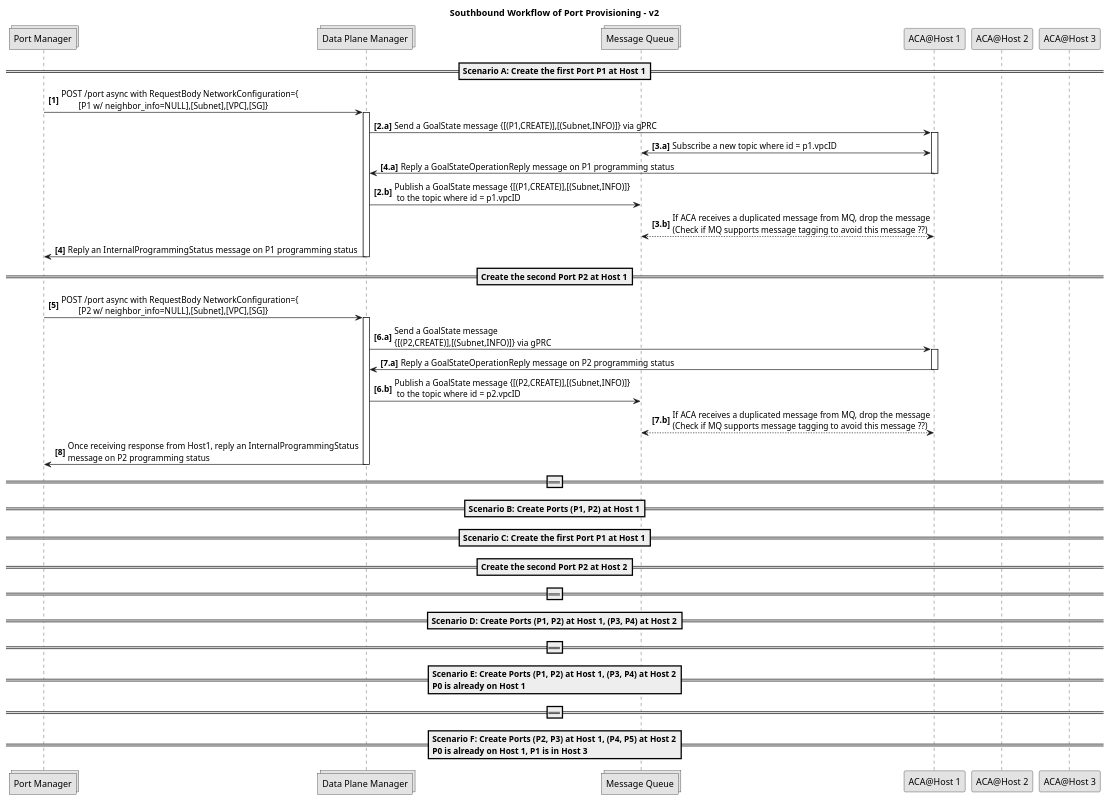
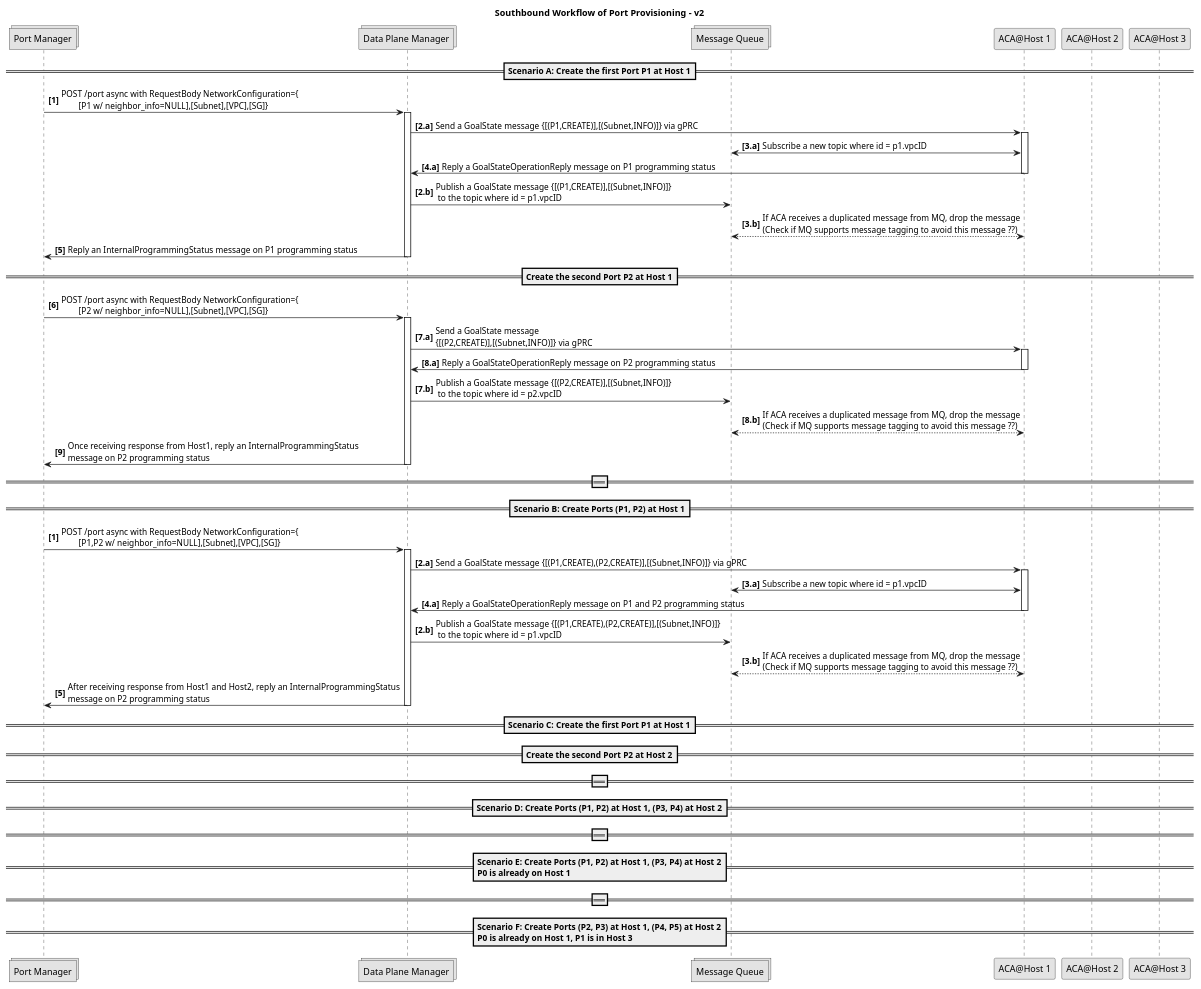
One commit to futurewei-cloud/alcor changed the diagram in docs/modules/ROOT/workflows/southbound_prog_workflow_v2.puml. Above: the diagram before and after it, drawn with PlantUML. The commit also changed 2 other files, not shown here.

```diff
--- a/docs/modules/ROOT/workflows/southbound_prog_workflow_v2.puml
+++ b/docs/modules/ROOT/workflows/southbound_prog_workflow_v2.puml
@@ -15,176 +15,181 @@
 @startuml
 
 title Southbound Workflow of Port Provisioning - v2
 
 skinparam monochrome true
 collections "Port Manager" as pm
 collections "Data Plane Manager" as dpm
 collections "Message Queue" as mq
 participant "ACA@Host 1" as host1
 participant "ACA@Host 2" as host2
 participant "ACA@Host 3" as host3
 
 ==Scenario A: Create the first Port P1 at Host 1==
 autonumber "<b>[0]"
 pm -> dpm: POST /port async with RequestBody NetworkConfiguration={\n\t[P1 w/ neighbor_info=NULL],[Subnet],[VPC],[SG]}
 activate dpm
 
 autonumber 2 "<b>[0.a]"
 dpm -> host1: Send a GoalState message {[(P1,CREATE)],[(Subnet,INFO)]} via gPRC
 activate host1
 host1 <-> mq: Subscribe a new topic where id = p1.vpcID
 host1 -> dpm: Reply a GoalStateOperationReply message on P1 programming status
 deactivate host1
 
 autonumber 2 "<b>[0.b]"
 dpm -> mq: Publish a GoalState message {[(P1,CREATE)],[(Subnet,INFO)]}\n to the topic where id = p1.vpcID
 host1 <--> mq: If ACA receives a duplicated message from MQ, drop the message\n(Check if MQ supports message tagging to avoid this message ??)
 
-autonumber 4 "<b>[0]"
+autonumber 5 "<b>[0]"
 dpm -> pm: Reply an InternalProgrammingStatus message on P1 programming status
 deactivate dpm
 
 ==Create the second Port P2 at Host 1==
-autonumber 5 "<b>[0]"
+autonumber 6 "<b>[0]"
 pm -> dpm: POST /port async with RequestBody NetworkConfiguration={\n\t[P2 w/ neighbor_info=NULL],[Subnet],[VPC],[SG]}
 activate dpm
 
-autonumber 6 "<b>[0.a]"
+autonumber 7 "<b>[0.a]"
 dpm -> host1: Send a GoalState message \n{[(P2,CREATE)],[(Subnet,INFO)]} via gPRC
 activate host1
 host1 -> dpm: Reply a GoalStateOperationReply message on P2 programming status
 deactivate host1
 
-autonumber 6 "<b>[0.b]"
+autonumber 7 "<b>[0.b]"
 dpm -> mq: Publish a GoalState message {[(P2,CREATE)],[(Subnet,INFO)]}\n to the topic where id = p2.vpcID
 host1 <--> mq: If ACA receives a duplicated message from MQ, drop the message\n(Check if MQ supports message tagging to avoid this message ??)
 
-autonumber 8 "<b>[0]"
+autonumber 9 "<b>[0]"
 dpm -> pm: Once receiving response from Host1, reply an InternalProgrammingStatus\nmessage on P2 programming status
 deactivate dpm
 ==================================================
 
 ==Scenario B: Create Ports (P1, P2) at Host 1==
-'autonumber "<b>[0]"
-'pm -> dpm: POST /port async with RequestBody NetworkConfiguration={\n\t[P1,P2 w/ neighbor_info=NULL],[Subnet],[VPC],[SG]}
-'activate dpm
-'
-'autonumber 2 "<b>[0]"
-'dpm -> host1: Send a GoalState message \n{[(P1,CREATE),(P2,CREATE)],[(Subnet,INFO)]} via gPRC
-'activate host1
-'host1 -> dpm: Reply a GoalStateOperationReply message on P1 and P2 programming status
-'deactivate host1
-'
-'autonumber 4 "<b>[0]"
-'dpm -> pm: After receiving response from Host1 and Host2, reply an InternalProgrammingStatus\nmessage on P2 programming status
-'deactivate dpm
+autonumber "<b>[0]"
+pm -> dpm: POST /port async with RequestBody NetworkConfiguration={\n\t[P1,P2 w/ neighbor_info=NULL],[Subnet],[VPC],[SG]}
+activate dpm
+
+autonumber 2 "<b>[0.a]"
+dpm -> host1: Send a GoalState message {[(P1,CREATE),(P2,CREATE)],[(Subnet,INFO)]} via gPRC
+activate host1
+host1 <-> mq: Subscribe a new topic where id = p1.vpcID
+host1 -> dpm: Reply a GoalStateOperationReply message on P1 and P2 programming status
+deactivate host1
+
+autonumber 2 "<b>[0.b]"
+dpm -> mq: Publish a GoalState message {[(P1,CREATE),(P2,CREATE)],[(Subnet,INFO)]}\n to the topic where id = p1.vpcID
+host1 <--> mq: If ACA receives a duplicated message from MQ, drop the message\n(Check if MQ supports message tagging to avoid this message ??)
+
+autonumber 5 "<b>[0]"
+dpm -> pm: After receiving response from Host1 and Host2, reply an InternalProgrammingStatus\nmessage on P2 programming status
+deactivate dpm
 
 
 ==Scenario C: Create the first Port P1 at Host 1==
 'autonumber "<b>[0]"
 'pm -> dpm: POST /port async with RequestBody NetworkConfiguration={\n\t[P1 w/ neighbor_info=NULL],[Subnet],[VPC],[SG]}
 'activate dpm
 'dpm -> host1: Send a GoalState message {[(P1,CREATE)],[(Subnet,INFO)]} via gPRC
 'activate host1
 'host1 -> dpm: Reply a GoalStateOperationReply message on P1 programming status
 'deactivate host1
 'dpm -> pm: Reply an InternalProgrammingStatus message on P1 programming status
 'deactivate dpm
 
 ==Create the second Port P2 at Host 2==
 'autonumber 5 "<b>[0]"
 'pm -> dpm: POST /port async with RequestBody NetworkConfiguration={\n\t[P2 w/ neighbor_info=[P1]],[Subnet],[VPC],[SG]}
 'activate dpm
 '
 'autonumber 6 "<b>[0a]"
 'dpm -> host2: Send a GoalState message \n{[(P2,CREATE),(P1,NEIGHBOR_CREATE_UPDATE)],[(Subnet,INFO)]} via gPRC
 'activate host2
 'host2 -> dpm: Reply a GoalStateOperationReply message on P2 programming status
 'deactivate host2
 
 'autonumber 6 "<b>[0b]"
 'dpm -> host1: Send a GoalState message \n{[(P2,NEIGHBOR_CREATE_UPDATE)],[(Subnet,INFO)]} via gPRC
 'activate host1
 'host1 -> dpm: Reply a GoalStateOperationReply message on P2 programming status
 'deactivate host1
 '
 'autonumber 8 "<b>[0]"
 'dpm -> pm: After receiving response from Host1 and Host2, reply an InternalProgrammingStatus\nmessage on P2 programming status
 'deactivate dpm
 ==================================================
 
 ==Scenario D: Create Ports (P1, P2) at Host 1, (P3, P4) at Host 2==
 'autonumber "<b>[0]"
 'pm -> dpm: POST /port async with RequestBody NetworkConfiguration=\n\t{[P1,P2,P3,P4 w/ neighbor_info=NULL],[Subnet],[VPC],[SG]}
 'activate dpm
 '
 'autonumber 2 "<b>[0a]"
 'dpm -> host1: Send a GoalState message \n{[(P1,CREATE),(P2,CREATE),(P3,NEIGHBOR_CREATE_UPDATE),\n(P4,NEIGHBOR_CREATE_UPDATE)],[(Subnet,INFO)]} via gPRC
 'activate host1
 'host1 -> dpm: Reply a GoalStateOperationReply message on P1 and P2 programming status
 'deactivate host1
 '
 'autonumber 2 "<b>[0b]"
 'dpm -> host2: Send a GoalState message \n{[(P3,CREATE),(P4,CREATE),(P1,NEIGHBOR_CREATE_UPDATE),\n(P2,NEIGHBOR_CREATE_UPDATE)],[(Subnet,INFO)]} via gPRC
 'activate host2
 'host2 -> dpm: Reply a GoalStateOperationReply message on P3 and P4 programming status
 'deactivate host2
 '
 'autonumber 4 "<b>[0]"
 'dpm -> pm: After receiving response from Host1 and Host2, reply an InternalProgrammingStatus\nmessage on P1..4 programming status
 'deactivate dpm
 
 ==================================================
 
 ==Scenario E: Create Ports (P1, P2) at Host 1, (P3, P4) at Host 2\nP0 is already on Host 1==
 'autonumber "<b>[0]"
 'pm -> dpm: POST /port async with RequestBody NetworkConfiguration={\n\t[P1,P2,P3,P4 each w/ neighbor_info=[P0]],[Subnet],[VPC],[SG]}
 'activate dpm
 '
 'autonumber 2 "<b>[0a]"
 'dpm -> host1: Send a GoalState message \n{[(P1,CREATE),(P2,CREATE),(P3,NEIGHBOR_CREATE_UPDATE),\n(P4,NEIGHBOR_CREATE_UPDATE)],[(Subnet,INFO)]} via gPRC
 'activate host1
 'host1 -> dpm: Reply a GoalStateOperationReply message on P1 and P2 programming status
 'deactivate host1
 '
 'autonumber 2 "<b>[0b]"
 'dpm -> host2: Send a GoalState message \n{[(P3,CREATE),(P4,CREATE),(P0,NEIGHBOR_CREATE_UPDATE),(P1,NEIGHBOR_CREATE_UPDATE),\n(P2,NEIGHBOR_CREATE_UPDATE)],[(Subnet,INFO)]} via gPRC
 'activate host2
 'host2 -> dpm: Reply a GoalStateOperationReply message on P3 and P4 programming status
 'deactivate host2
 '
 'autonumber 4 "<b>[0]"
 'dpm -> pm: After receiving response from Host1 and Host2, reply an InternalProgrammingStatus\nmessage on P1..4 programming status
 'deactivate dpm
 
 ==================================================
 
 ==Scenario F: Create Ports (P2, P3) at Host 1, (P4, P5) at Host 2\nP0 is already on Host 1, P1 is in Host 3 ==
 'autonumber "<b>[0]"
 'pm -> dpm: POST /port async with RequestBody NetworkConfiguration={\n\t[P2,P3 each w/ neighbor_info=[P1],\n\tP4,P5 each w/ neighbor_info=[P0,P1]],\n\t[Subnet],[VPC],[SG]}
 'activate dpm
 '
 'autonumber 2 "<b>[0a]"
 'dpm -> host1: Send a GoalState message \n{[(P2,CREATE),(P3,CREATE),(P4,NEIGHBOR_CREATE_UPDATE),\n(P5,NEIGHBOR_CREATE_UPDATE),(P1,NEIGHBOR_CREATE_UPDATE)],[(Subnet,INFO)]} via gPRC
 'activate host1
 'host1 -> dpm: Reply a GoalStateOperationReply message on P2 and P3 programming status
 'deactivate host1
 '
 'autonumber 2 "<b>[0b]"
 'dpm -> host2: Send a GoalState message \n{[(P4,CREATE),(P5,CREATE),(P2,NEIGHBOR_CREATE_UPDATE),(P3,NEIGHBOR_CREATE_UPDATE),\n(P0,NEIGHBOR_CREATE_UPDATE),(P1,NEIGHBOR_CREATE_UPDATE)],[(Subnet,INFO)]} via gPRC
 'activate host2
 'host2 -> dpm: Reply a GoalStateOperationReply message on P4 and P5 programming status
 'deactivate host2
 '
 'autonumber 2 "<b>[0c]"
 'dpm -> host3: Send a GoalState message \n{[(P2,NEIGHBOR_CREATE_UPDATE),(P3,NEIGHBOR_CREATE_UPDATE),\n(P4,NEIGHBOR_CREATE_UPDATE),(P5,NEIGHBOR_CREATE_UPDATE)],[(Subnet,INFO)]} via gPRC
 'activate host3
 'host3 -> dpm: Reply a GoalStateOperationReply message on neighbor programming status
 'deactivate host3
 '
 'autonumber 4 "<b>[0]"
 'dpm -> pm: After receiving response from Host1, Host2 and Host3, reply an\nInternalProgrammingStatus message on P2..5 programming status
 'deactivate dpm
 
 
 @enduml
```
